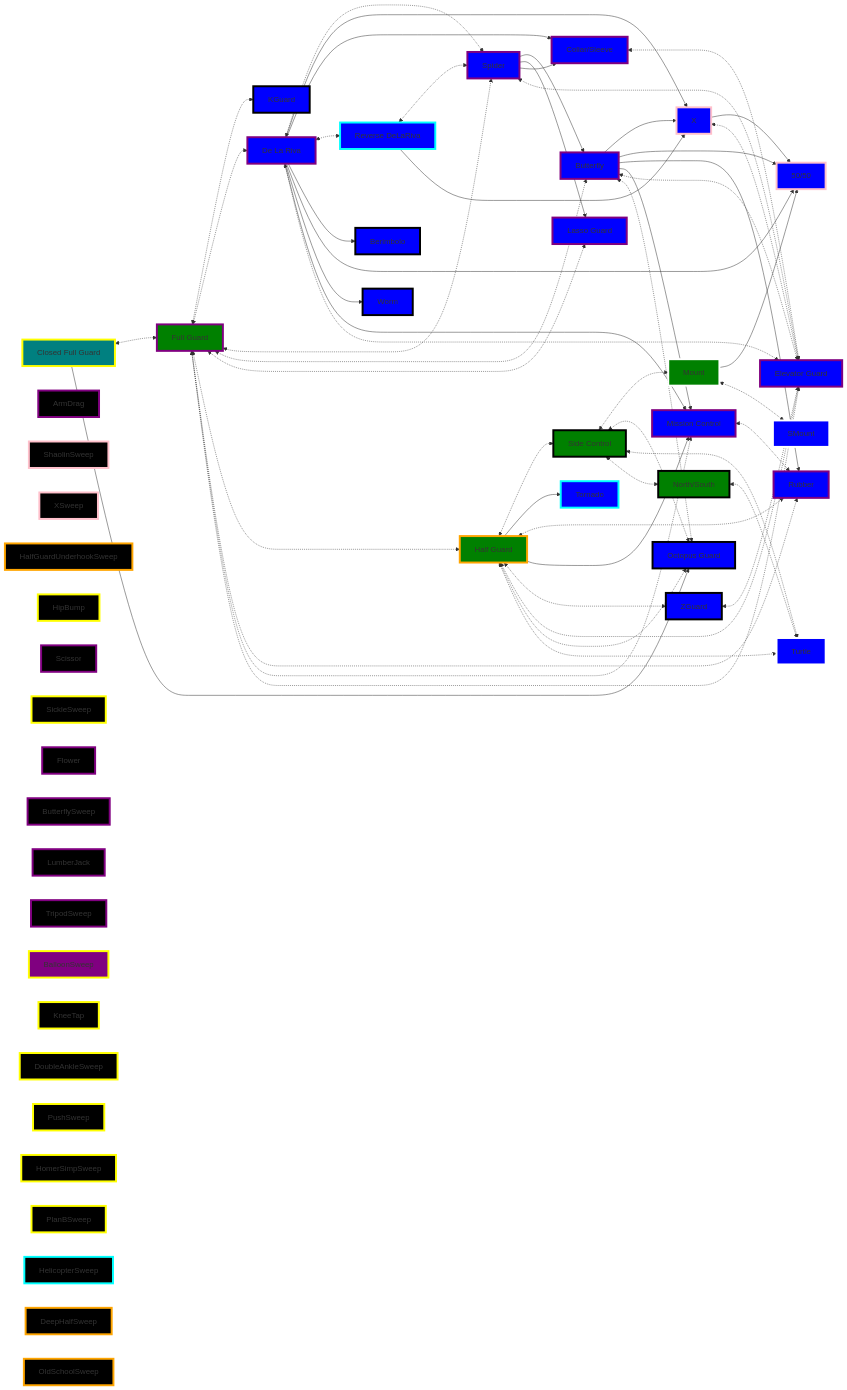
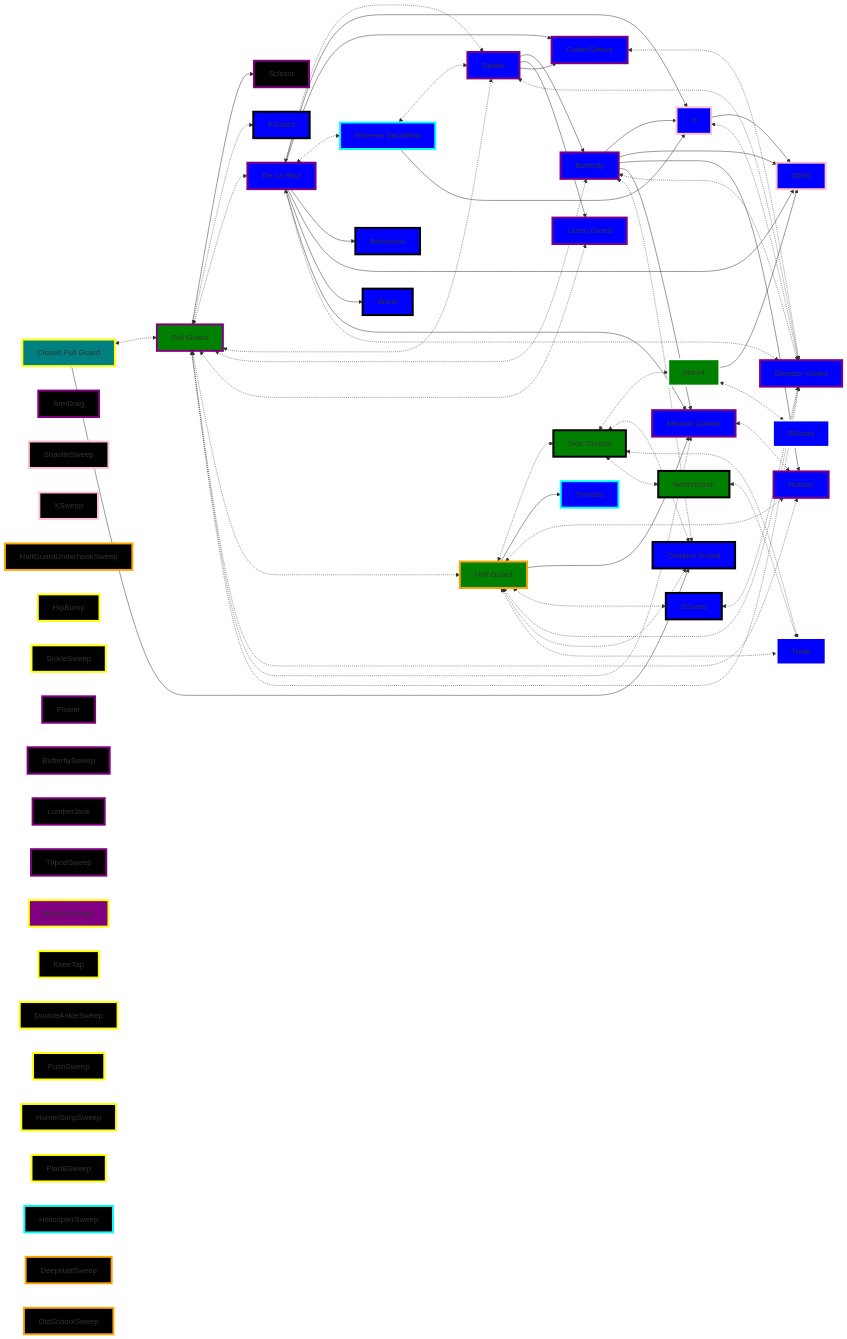
The third of 4 diagrams in _Fitness/BJJ Priority Flows.md (jacgit18/DevHiveMind), drawn with Mermaid before and after one commit. The commit also changed other lines of this file and 4 other files, not shown here.

Commit message:
M "_Fitness/BJJ Priority Flows.md"  M _Fitness/MMA/Grappling/BJJ/Guards/Mount.md  D _Fitness/MMA/Grappling/BJJ/Untitled.md  D _Fitness/MMA/Grappling/BJJ/knees.md ?? _Fitness/MMA/Grappling/BJJ/Guards/Turtle.md

```diff
--- a/_Fitness/BJJ Priority Flows.md
+++ b/_Fitness/BJJ Priority Flows.md
@@ -497,6 +498,8 @@
 	HelicopterSweep[HelicopterSweep]
 	DeepHalfSweep[DeepHalfSweep]
 	OldSchoolSweep[OldSchoolSweep]
+
+	A --> Scissor
 
 	A <-.-> KGuard
     A <-.-> B
```
